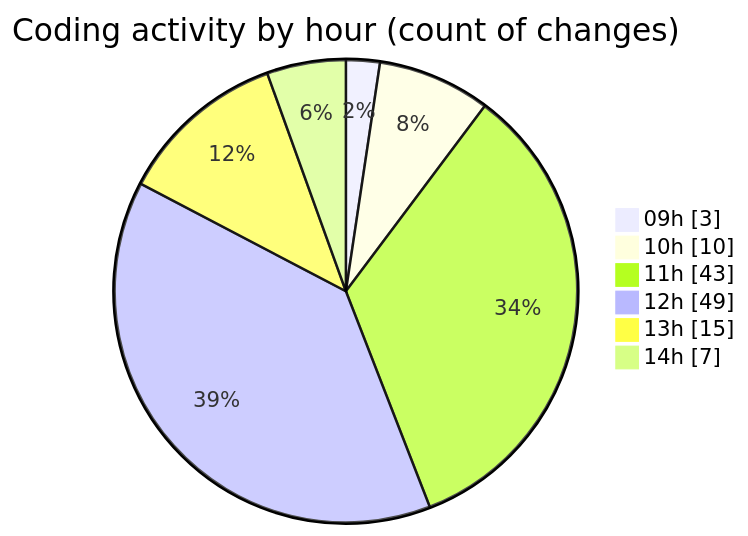
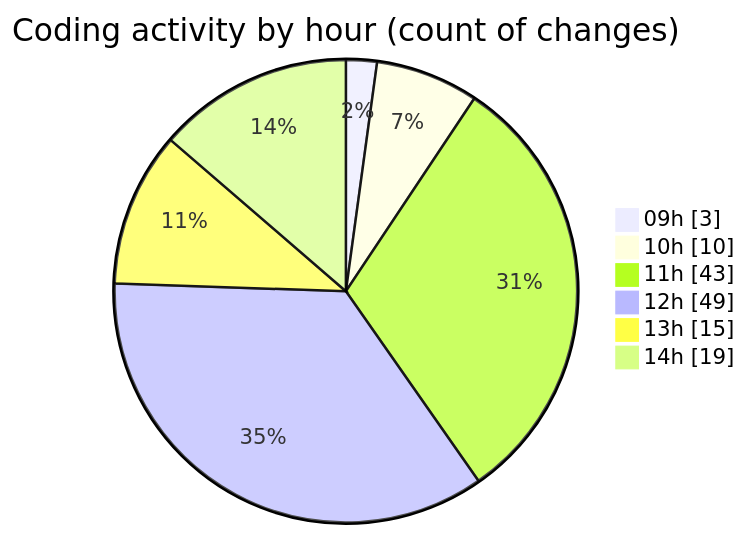
One commit to momahboobian/code-tracking changed the second of 2 diagrams in 2026-01-22/cda/README.md. Above: the diagram before and after it, drawn with Mermaid. The commit also changed other lines of this file and 1 other file, not shown here.

````diff
--- a/2026-01-22/cda/README.md
+++ b/2026-01-22/cda/README.md
@@ -66,10 +71,10 @@
 ```mermaid
 pie showData
 title Coding activity by hour (count of changes)
 "09h" : 3
 "10h" : 10
 "11h" : 43
 "12h" : 49
 "13h" : 15
-"14h" : 7
+"14h" : 19
 ```
````
